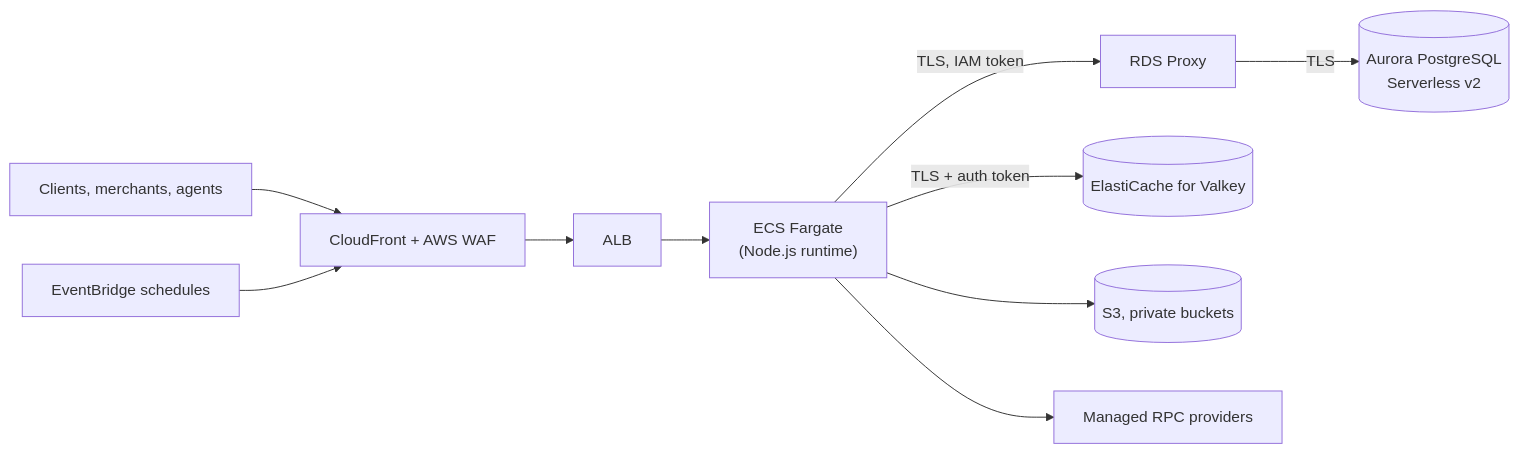
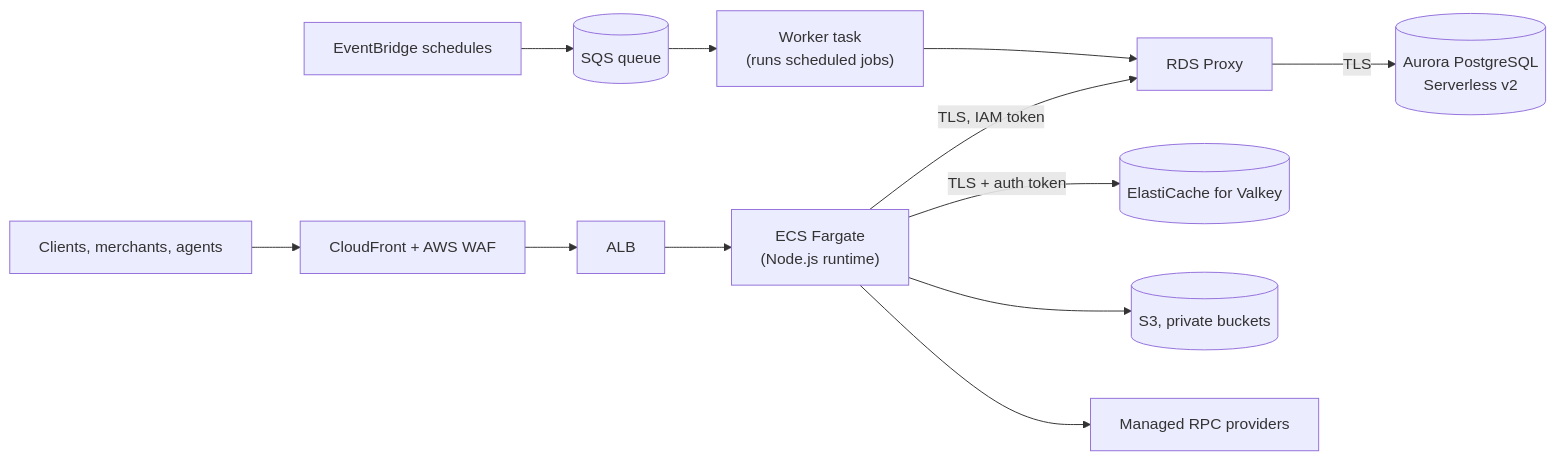
One commit to FurlPay/docs changed the diagram in aws/AWS-DATA-PLANE-STATUS-2026-10-25.md. Above: the diagram before and after it, drawn with Mermaid. The commit also changed other lines of this file, not shown here.

````diff
--- a/aws/AWS-DATA-PLANE-STATUS-2026-10-25.md
+++ b/aws/AWS-DATA-PLANE-STATUS-2026-10-25.md
@@ -7,12 +7,14 @@
 ```mermaid
 flowchart LR
     U[Clients, merchants, agents] --> CF[CloudFront + AWS WAF]
     CF --> ALB[ALB]
     ALB --> ECS["ECS Fargate<br/>(Node.js runtime)"]
     ECS -- "TLS, IAM token" --> PX[RDS Proxy]
     PX -- TLS --> AU[(Aurora PostgreSQL<br/>Serverless v2)]
     ECS -- "TLS + auth token" --> VK[(ElastiCache for Valkey)]
     ECS --> S3[(S3, private buckets)]
-    EB[EventBridge schedules] --> CF
+    EB[EventBridge schedules] --> Q[(SQS queue)]
+    Q --> WK["Worker task<br/>(runs scheduled jobs)"]
+    WK --> PX
     ECS --> RPC[Managed RPC providers]
 ```
````
